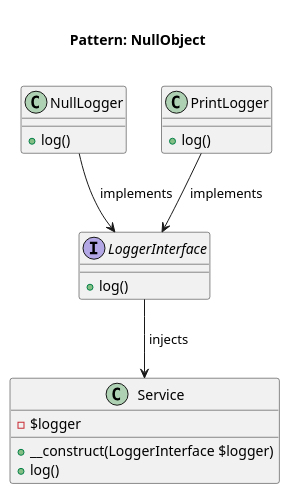
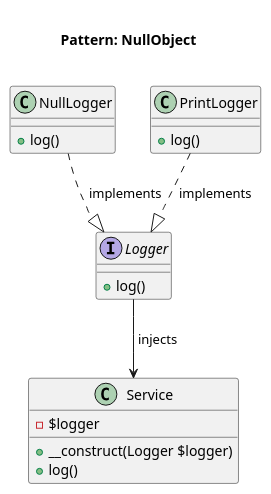
The diagram in patterns/behavioral/null-object/domnikl/diagram.pu (rosselli/design-patterns-implemented.concepts), drawn with PlantUML before and after one commit. The commit also changed 6 other files, not shown here.

```diff
--- a/patterns/behavioral/null-object/domnikl/diagram.pu
+++ b/patterns/behavioral/null-object/domnikl/diagram.pu
@@ -1,25 +1,25 @@
 @startuml
     Title <size:20>\nPattern: NullObject\n
 
-    interface LoggerInterface {
+    interface Logger {
 		+ log()
 	}
 
     class NullLogger {
 		+ log()
 	}
 
     class PrintLogger {
 		+ log()
     }
 
 	class Service {
 		- $logger
-		+ __construct(LoggerInterface $logger)
+		+ __construct(Logger $logger)
 		+ log()
 	}
 
-    NullLogger --> LoggerInterface: " implements"
-    PrintLogger --> LoggerInterface: " implements"
-    LoggerInterface --> Service: " injects"
+    NullLogger ..|> Logger: " implements"
+    PrintLogger ..|> Logger: " implements"
+    Logger --> Service: " injects"
 @enduml
```
